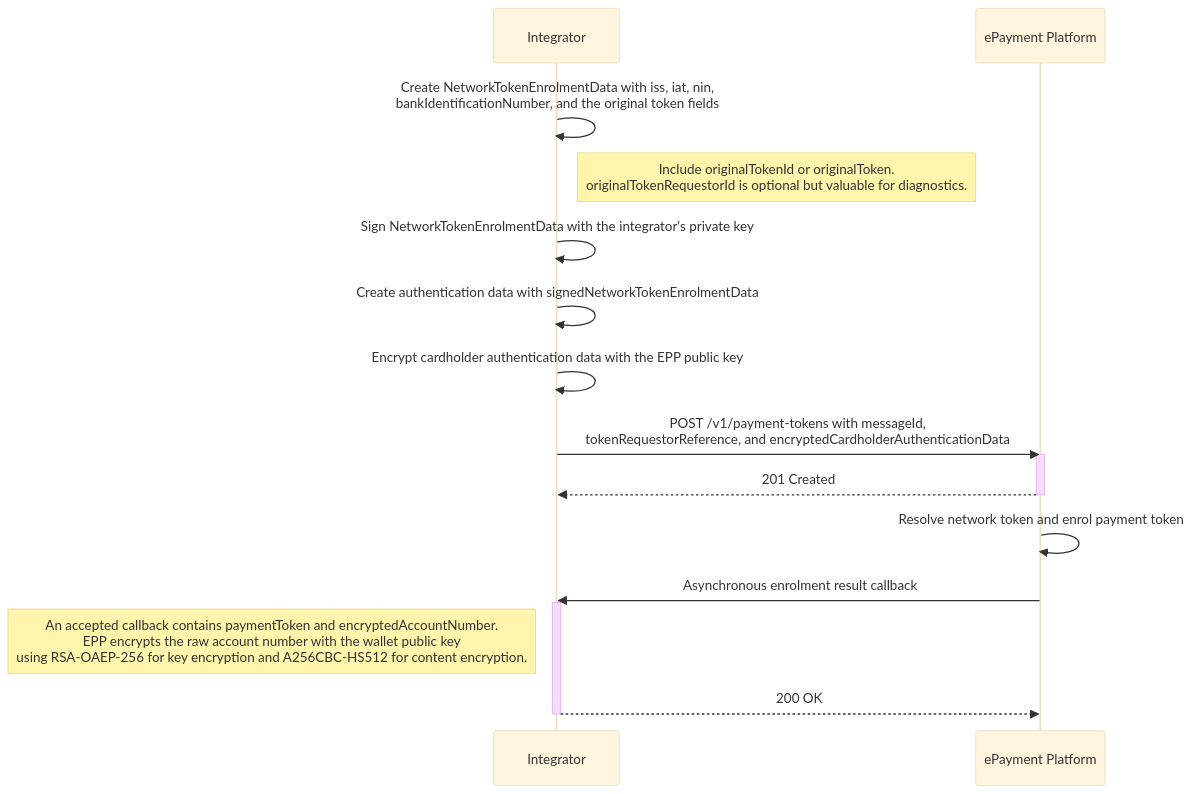
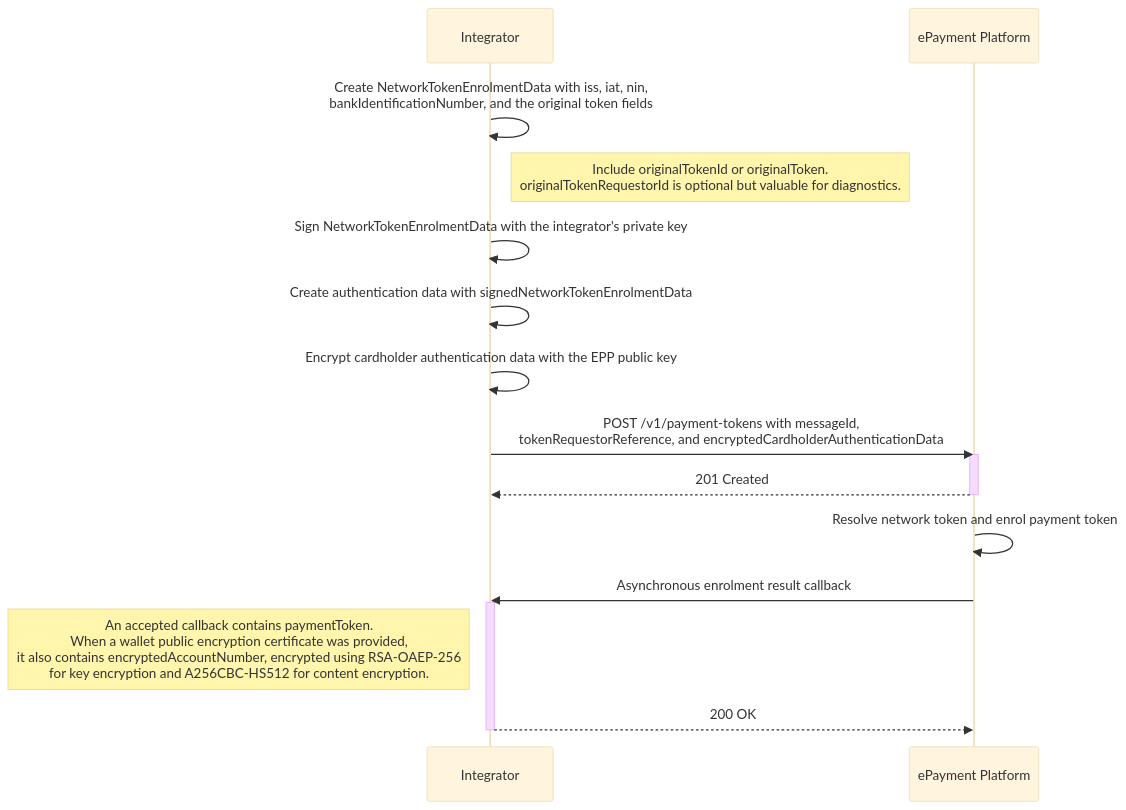
One commit to BankAxept/bankaxept-epayment-development-kit changed the second of 3 diagrams in docs/enrolment_and_payment.md. Above: the diagram before and after it, drawn with Mermaid (base theme). The commit also changed other lines of this file and 1 other file, not shown here.

Commit message:
docs(enrolment): clarify callback encryption

````diff
--- a/docs/enrolment_and_payment.md
+++ b/docs/enrolment_and_payment.md
@@ -106,21 +105,21 @@
 ```mermaid
 sequenceDiagram
     participant Integrator
     participant EPP as ePayment Platform
 
     Integrator ->> Integrator: Create NetworkTokenEnrolmentData with iss, iat, nin,<br/>bankIdentificationNumber, and the original token fields
     note right of Integrator: Include originalTokenId or originalToken.<br/>originalTokenRequestorId is optional but valuable for diagnostics.
     Integrator ->> Integrator: Sign NetworkTokenEnrolmentData with the integrator's private key
     Integrator ->> Integrator: Create authentication data with signedNetworkTokenEnrolmentData
     Integrator ->> Integrator: Encrypt cardholder authentication data with the EPP public key
     Integrator ->> EPP: POST /v1/payment-tokens with messageId,<br/>tokenRequestorReference, and encryptedCardholderAuthenticationData
     activate EPP
     EPP -->> Integrator: 201 Created
     deactivate EPP
     EPP ->> EPP: Resolve network token and enrol payment token
     EPP ->> Integrator: Asynchronous enrolment result callback
     activate Integrator
-    note left of Integrator: An accepted callback contains paymentToken and encryptedAccountNumber.<br/>EPP encrypts the raw account number with the wallet public key<br/>using RSA-OAEP-256 for key encryption and A256CBC-HS512 for content encryption.
+    note left of Integrator: An accepted callback contains paymentToken.<br/>When a wallet public encryption certificate was provided,<br/>it also contains encryptedAccountNumber, encrypted using RSA-OAEP-256<br/>for key encryption and A256CBC-HS512 for content encryption.
     Integrator -->> EPP: 200 OK
     deactivate Integrator
 ```
````
